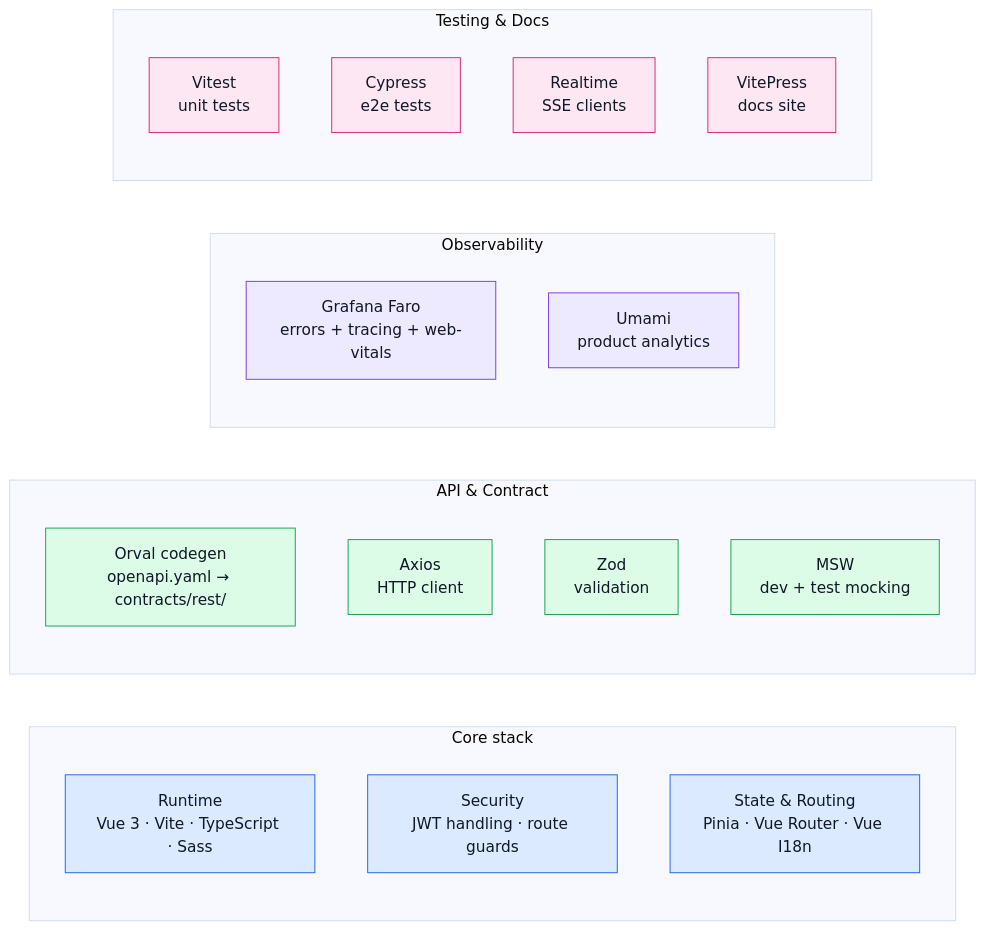
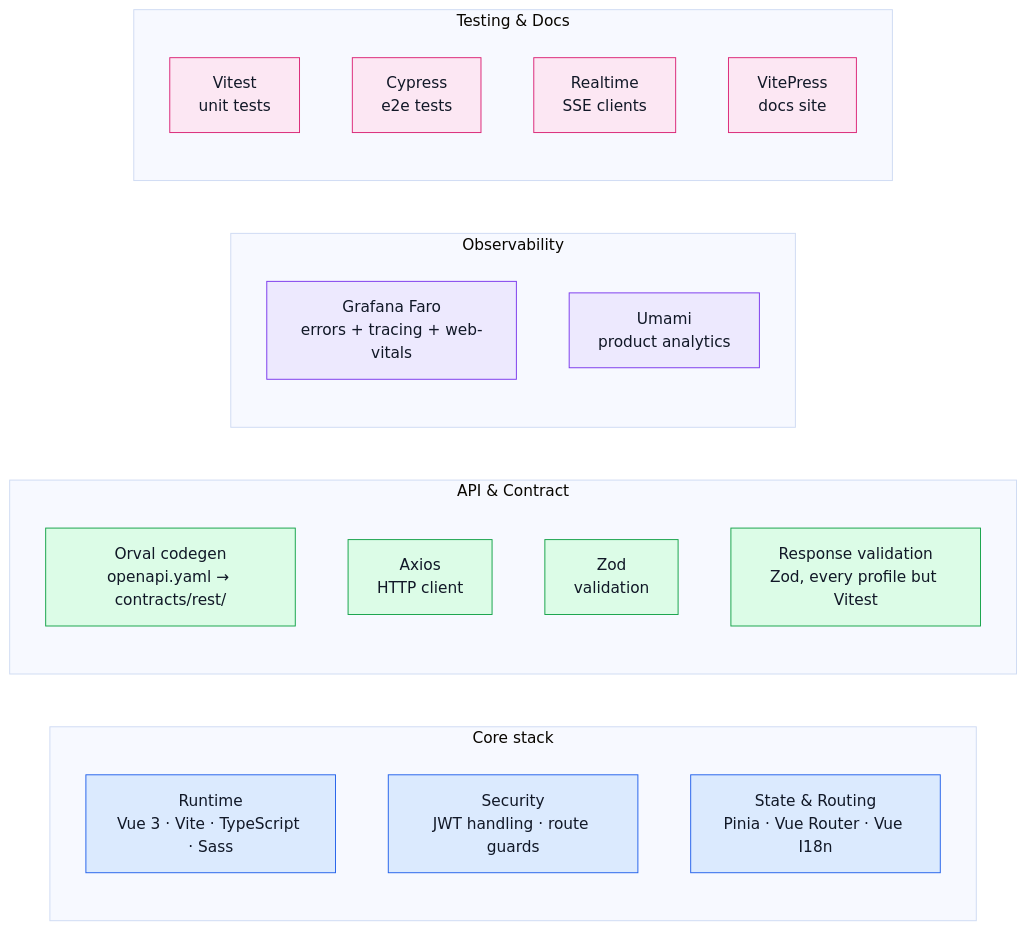
The diagram in docs/tools/index.md (Guebbit/boilerplate-vue-frontend), drawn with Mermaid (base theme) before and after one commit. The commit also changed other lines of this file and 35 other files, not shown here.

````diff
--- a/docs/tools/index.md
+++ b/docs/tools/index.md
@@ -9,37 +9,37 @@
 ```mermaid
 %%{init: {'flowchart': {'nodeSpacing': 55, 'rankSpacing': 75}}}%%
 flowchart LR
     subgraph Core["Core stack"]
         Runtime[Runtime\nVue 3 · Vite · TypeScript · Sass]
         Security[Security\nJWT handling · route guards]
         StateRouting[State & Routing\nPinia · Vue Router · Vue I18n]
     end
 
     subgraph API["API & Contract"]
         Orval[Orval codegen\nopenapi.yaml → contracts/rest/]
         Axios[Axios\nHTTP client]
         Zod[Zod\nvalidation]
-        MSW[MSW\ndev + test mocking]
+        Validate[Response validation\nZod, every profile but Vitest]
     end
 
     subgraph Obs["Observability"]
         Faro[Grafana Faro\nerrors + tracing + web-vitals]
         Umami[Umami\nproduct analytics]
     end
 
     subgraph Testing["Testing & Docs"]
         Vitest[Vitest\nunit tests]
         Cypress[Cypress\ne2e tests]
         Realtime[Realtime\nSSE clients]
         VitePress[VitePress\ndocs site]
     end
 
     classDef core fill:#dbeafe,stroke:#2563eb,color:#111827;
     classDef api fill:#dcfce7,stroke:#16a34a,color:#111827;
     classDef obs fill:#ede9fe,stroke:#7c3aed,color:#111827;
     classDef test fill:#fce7f3,stroke:#db2777,color:#111827;
     class Runtime,Security,StateRouting core;
-    class Orval,Axios,Zod,MSW api;
+    class Orval,Axios,Zod,Validate api;
     class Faro,Umami obs;
     class Vitest,Cypress,Realtime,VitePress test;
 ```
````
